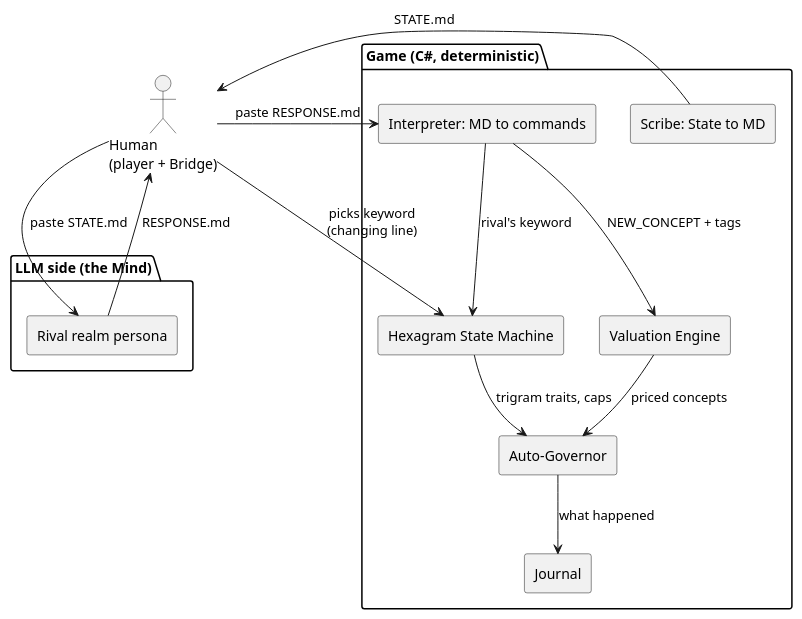
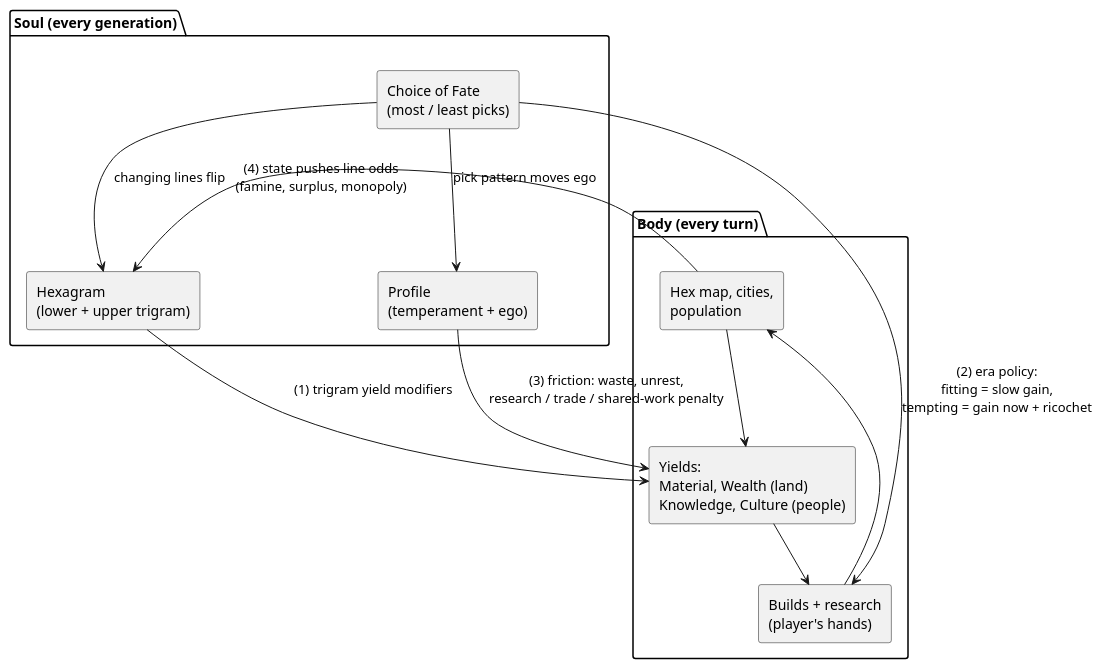
Before and after one commit to zzt108/Syntropy: the third of 3 diagrams in .doc/26-11-17 Game design brainstorming/brainstorming-base.md, drawn with PlantUML. The commit also changed other lines of this file and 2 other files, not shown here.

First line of the commit message:
Adopt Unciv fork as engine and fill in tech stack

````diff
--- a/.doc/26-11-17 Game design brainstorming/brainstorming-base.md
+++ b/.doc/26-11-17 Game design brainstorming/brainstorming-base.md
@@ -114,27 +124,23 @@
 ```plantuml
 @startuml
-skinparam componentStyle rectangle
-actor "Human\n(player + Bridge)" as H
-package "LLM side (the Mind)" {
-  [Rival realm persona] as AI
+package "Soul (every generation)" {
+  rectangle "Hexagram\n(lower + upper trigram)" as HX
+  rectangle "Profile\n(temperament + ego)" as PF
+  rectangle "Choice of Fate\n(most / least picks)" as CF
 }
-package "Game (C#, deterministic)" {
-  [Hexagram State Machine] as HSM
-  [Valuation Engine] as VE
-  [Auto-Governor] as AG
-  [Scribe: State to MD] as SC
-  [Interpreter: MD to commands] as IN
-  [Journal] as J
+package "Body (every turn)" {
+  rectangle "Hex map, cities,\npopulation" as MAP
+  rectangle "Yields:\nMaterial, Wealth (land)\nKnowledge, Culture (people)" as YLD
+  rectangle "Builds + research\n(player's hands)" as ACT
 }
-H --> HSM : picks keyword\n(changing line)
-SC --> H : STATE.md
-H --> AI : paste STATE.md
-AI --> H : RESPONSE.md
-H --> IN : paste RESPONSE.md
-IN --> VE : NEW_CONCEPT + tags
-IN --> HSM : rival's keyword
-HSM --> AG : trigram traits, caps
-VE --> AG : priced concepts
-AG --> J : what happened
+HX --> YLD : (1) trigram yield modifiers
+CF --> ACT : (2) era policy:\nfitting = slow gain,\ntempting = gain now + ricochet
+PF --> YLD : (3) friction: waste, unrest,\nresearch / trade / shared-work penalty
+MAP --> HX : (4) state pushes line odds\n(famine, surplus, monopoly)
+CF --> PF : pick pattern moves ego
+CF --> HX : changing lines flip
+MAP --> YLD
+YLD --> ACT
+ACT --> MAP
 @enduml
 ```
````
